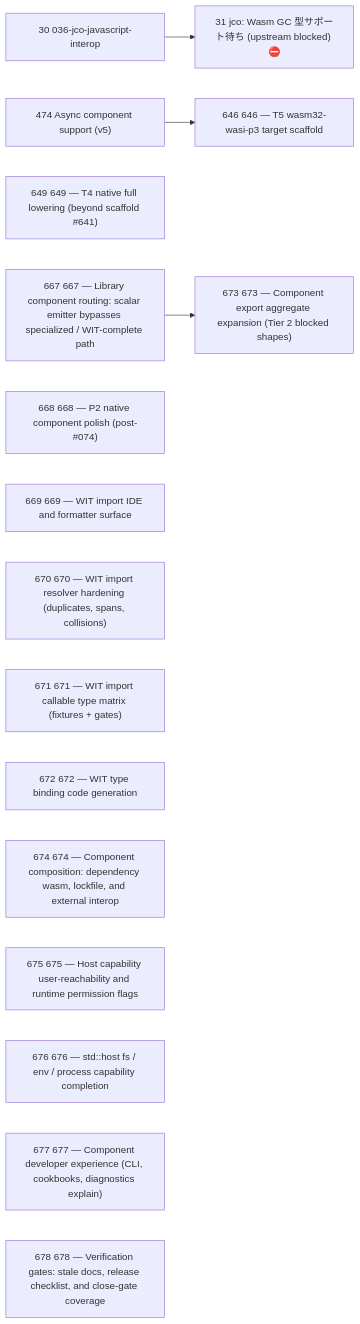
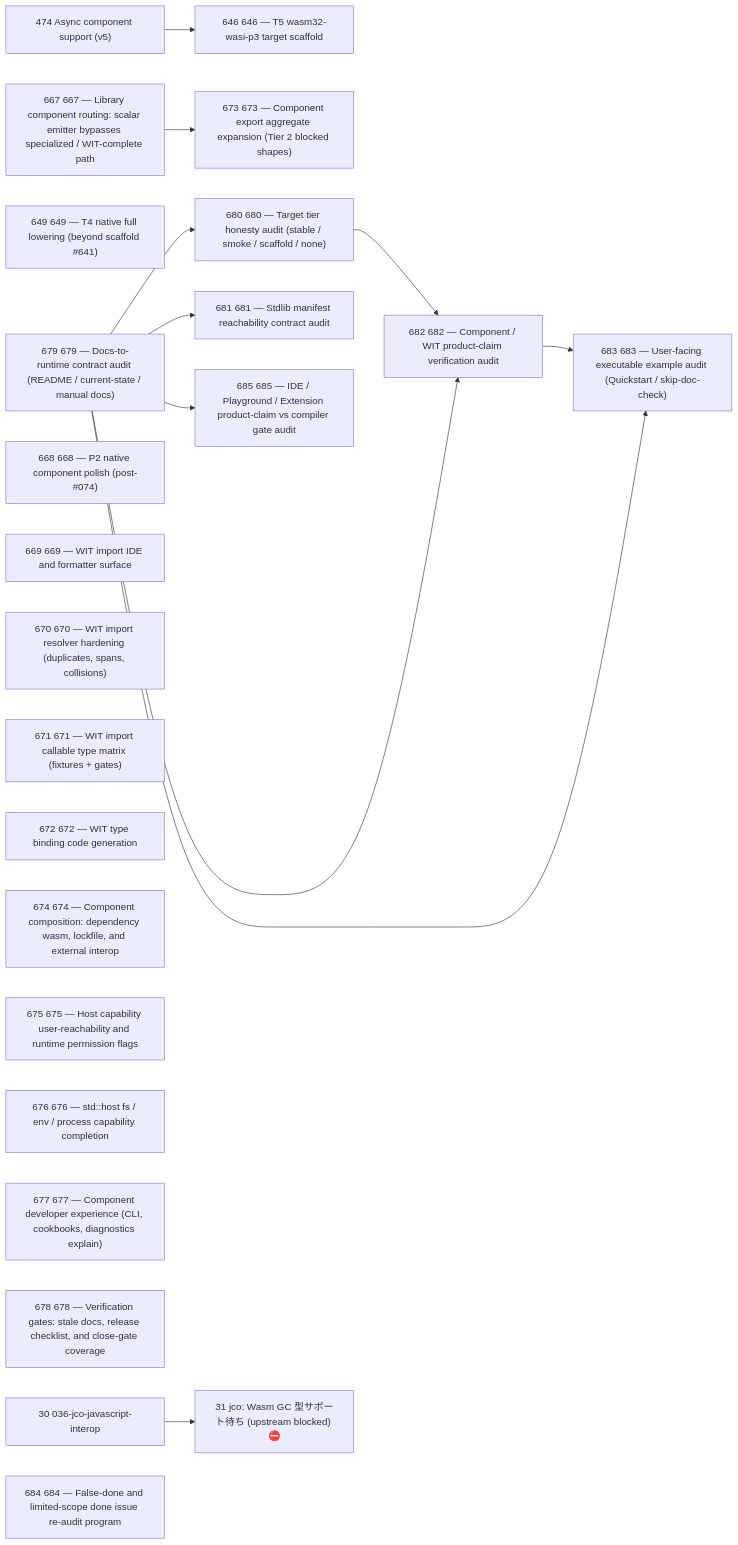
One commit to wogikaze/arukellt changed the diagram in issues/open/dependency-graph.md. Above: the diagram before and after it, drawn with Mermaid. The commit also changed other lines of this file and 10 other files, not shown here.

First line of the commit message:
issues: add docs-to-runtime audit umbrellas #679–#685

````diff
--- a/issues/open/dependency-graph.md
+++ b/issues/open/dependency-graph.md
@@ -7,23 +7,37 @@
 ```mermaid
 graph LR
   I30["30 036-jco-javascript-interop"]
   I474["474 Async component support (v5)"]
   I649["649 649 — T4 native full lowering (beyond scaffold #641)"]
   I667["667 667 — Library component routing: scalar emitter bypasses specialized / WIT-complete path"]
   I668["668 668 — P2 native component polish (post-#074)"]
   I669["669 669 — WIT import IDE and formatter surface"]
   I670["670 670 — WIT import resolver hardening (duplicates, spans, collisions)"]
   I671["671 671 — WIT import callable type matrix (fixtures + gates)"]
   I672["672 672 — WIT type binding code generation"]
   I674["674 674 — Component composition: dependency wasm, lockfile, and external interop"]
   I675["675 675 — Host capability user-reachability and runtime permission flags"]
   I676["676 676 — std::host fs / env / process capability completion"]
   I677["677 677 — Component developer experience (CLI, cookbooks, diagnostics explain)"]
   I678["678 678 — Verification gates: stale docs, release checklist, and close-gate coverage"]
+  I679["679 679 — Docs-to-runtime contract audit (README / current-state / manual docs)"]
+  I684["684 684 — False-done and limited-scope done issue re-audit program"]
   I646["646 646 — T5 wasm32-wasi-p3 target scaffold"]
   I673["673 673 — Component export aggregate expansion (Tier 2 blocked shapes)"]
+  I680["680 680 — Target tier honesty audit (stable / smoke / scaffold / none)"]
+  I681["681 681 — Stdlib manifest reachability contract audit"]
+  I685["685 685 — IDE / Playground / Extension product-claim vs compiler gate audit"]
+  I682["682 682 — Component / WIT product-claim verification audit"]
+  I683["683 683 — User-facing executable example audit (Quickstart / skip-doc-check)"]
   I31["31 jco: Wasm GC 型サポート待ち (upstream blocked) ⛔"]
   I474 --> I646
   I667 --> I673
+  I679 --> I680
+  I679 --> I681
+  I679 --> I685
+  I679 --> I682
+  I680 --> I682
+  I679 --> I683
+  I682 --> I683
   I30 --> I31
 ```
````
